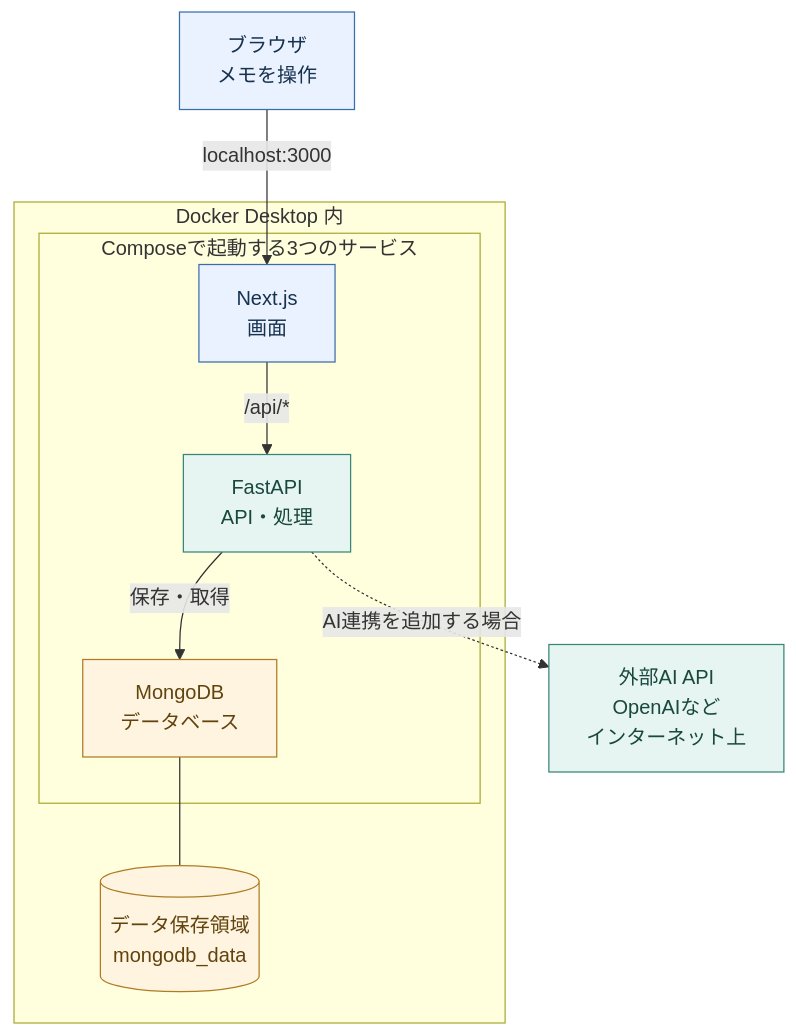
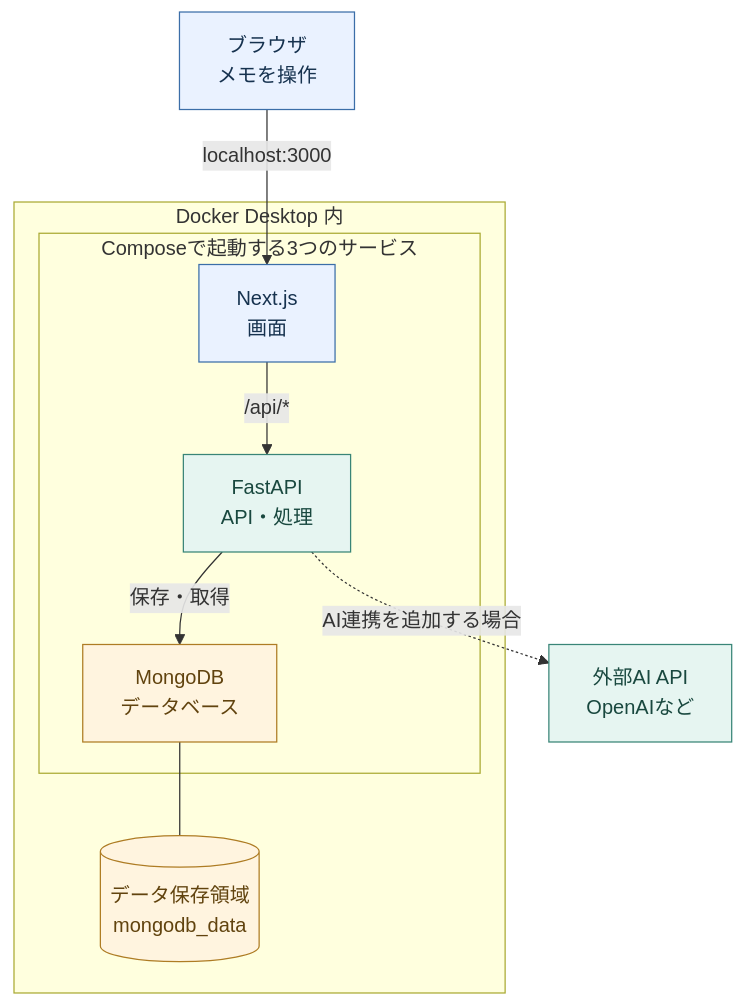
Before and after one commit to naoya424/morimoto-lab-starter: the diagram in README.md, drawn with Mermaid.

Commit message:
Simplify external AI diagram label

````diff
--- a/README.md
+++ b/README.md
@@ -18,25 +18,25 @@
 ```mermaid
 flowchart TB
     browser["ブラウザ<br/>メモを操作"]
     subgraph docker["Docker Desktop 内"]
         subgraph services["Composeで起動する3つのサービス"]
             frontend["Next.js<br/>画面"]
             backend["FastAPI<br/>API・処理"]
             mongodb["MongoDB<br/>データベース"]
             frontend -->|"/api/*"| backend
             backend -->|"保存・取得"| mongodb
         end
         data[("データ保存領域<br/>mongodb_data")]
         mongodb --- data
     end
     browser -->|"localhost:3000"| frontend
-    external_ai["外部AI API<br/>OpenAIなど<br/>インターネット上"]
+    external_ai["外部AI API<br/>OpenAIなど"]
     backend -.->|"AI連携を追加する場合"| external_ai
 
     classDef screen fill:#eaf2ff,stroke:#3b6ea8,color:#16324f;
     classDef api fill:#e6f5f1,stroke:#398577,color:#19483f;
     classDef storage fill:#fff4df,stroke:#ae7c24,color:#61430e;
     class browser,frontend screen;
     class backend,external_ai api;
     class mongodb,data storage;
 ```
````
